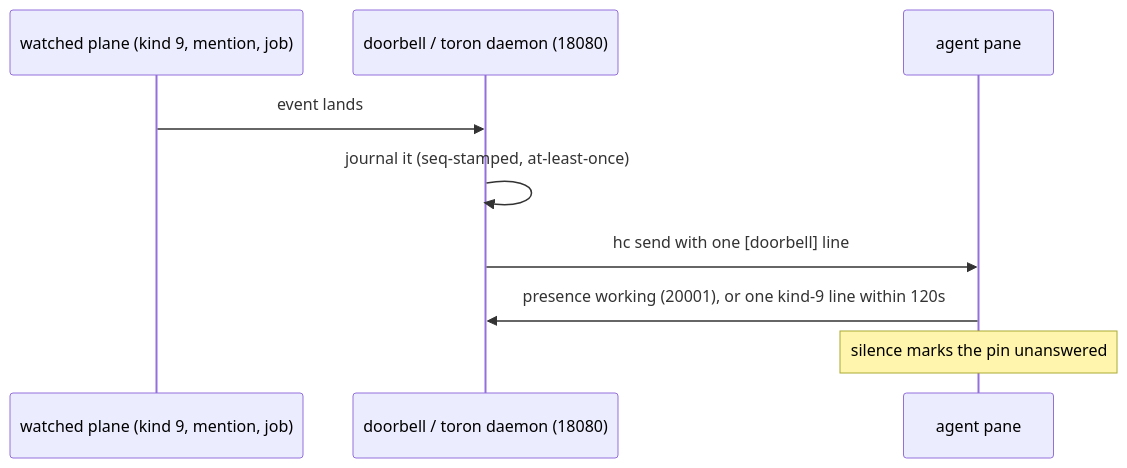
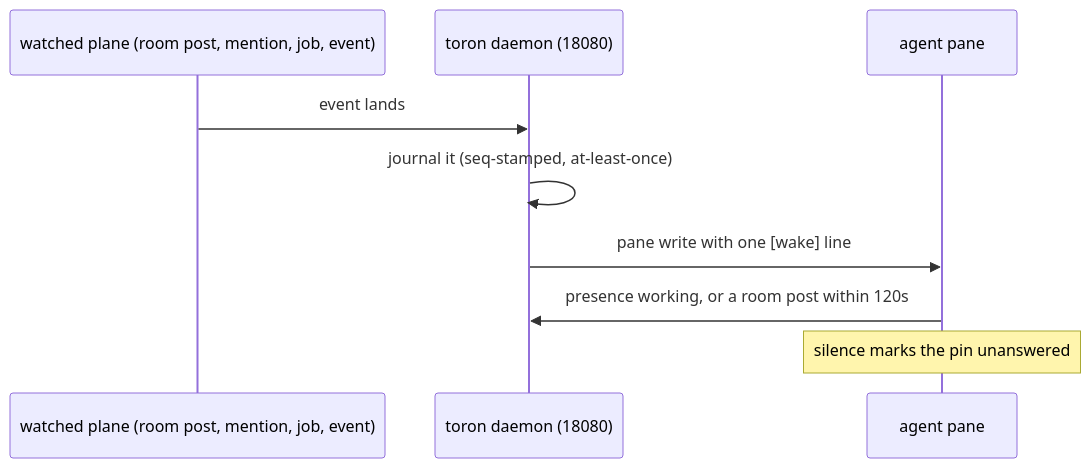
The diagram in docs/guides/doorbell.mdx (bangedorrunt/flywheel), drawn with Mermaid before and after one commit. The commit also changed other lines of this file, not shown here.

Commit message:
docs: rewrite doorbell guide wake hosting for the toron-daemon model (bd-enbtj)

````diff
--- a/docs/guides/doorbell.mdx
+++ b/docs/guides/doorbell.mdx
@@ -8,11 +10,11 @@
 ```mermaid
 sequenceDiagram
-    participant W as watched plane (kind 9, mention, job)
-    participant DB as doorbell / toron daemon (18080)
+    participant W as watched plane (room post, mention, job, event)
+    participant DB as toron daemon (18080)
     participant A as agent pane
     W->>DB: event lands
     DB->>DB: journal it (seq-stamped, at-least-once)
-    DB->>A: hc send with one [doorbell] line
-    A->>DB: presence working (20001), or one kind-9 line within 120s
+    DB->>A: pane write with one [wake] line
+    A->>DB: presence working, or a room post within 120s
     Note over A: silence marks the pin unanswered
 ```
````
